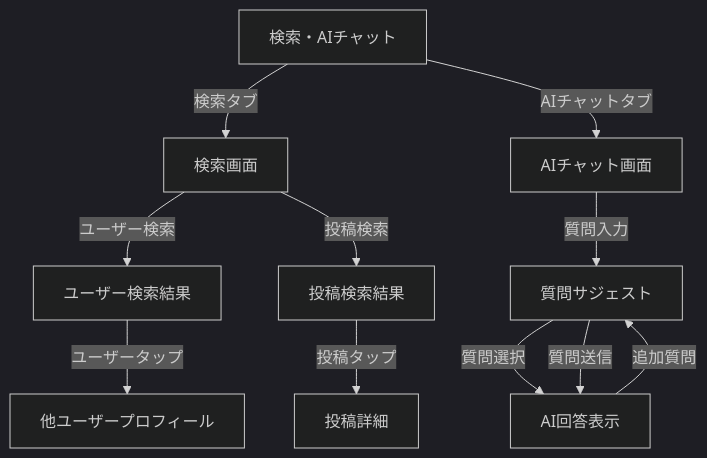
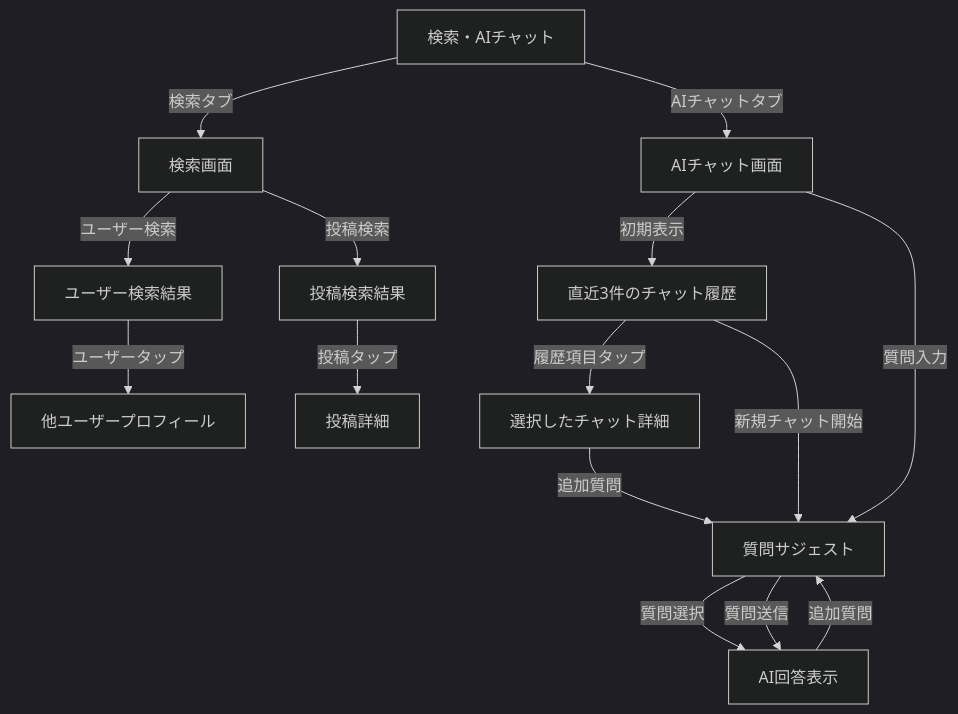
The sixth of 26 diagrams in doc/screen_flow.md (okap-goldman/kanushi), drawn with Mermaid (dark theme) before and after one commit. The commit also changed other lines of this file and 101 other files, not shown here.

````diff
--- a/doc/screen_flow.md
+++ b/doc/screen_flow.md
@@ -527,15 +537,19 @@
 ```mermaid
 graph TD
   X[検索・AIチャット] -->|検索タブ| X1[検索画面]
   X -->|AIチャットタブ| X2[AIチャット画面]
   
   X1 -->|ユーザー検索| X11[ユーザー検索結果]
   X1 -->|投稿検索| X12[投稿検索結果]
   X11 -->|ユーザータップ| D71[他ユーザープロフィール]
   X12 -->|投稿タップ| B1[投稿詳細]
   
-  X2 -->|質問入力| X21[質問サジェスト]
+  X2 -->|初期表示| X20[直近3件のチャット履歴]
+  X20 -->|履歴項目タップ| X23[選択したチャット詳細]
+  X23 -->|追加質問| X21[質問サジェスト]
+  X20 -->|新規チャット開始| X21
+  X2 -->|質問入力| X21
   X21 -->|質問選択| X22[AI回答表示]
   X21 -->|質問送信| X22
   X22 -->|追加質問| X21
 ```
````
